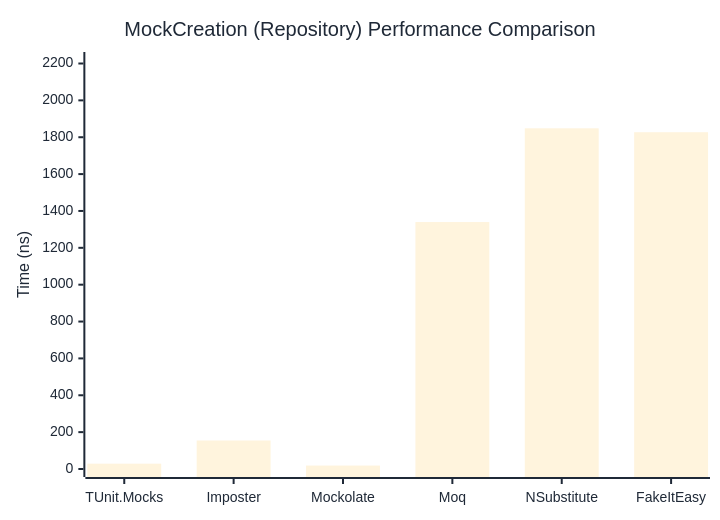
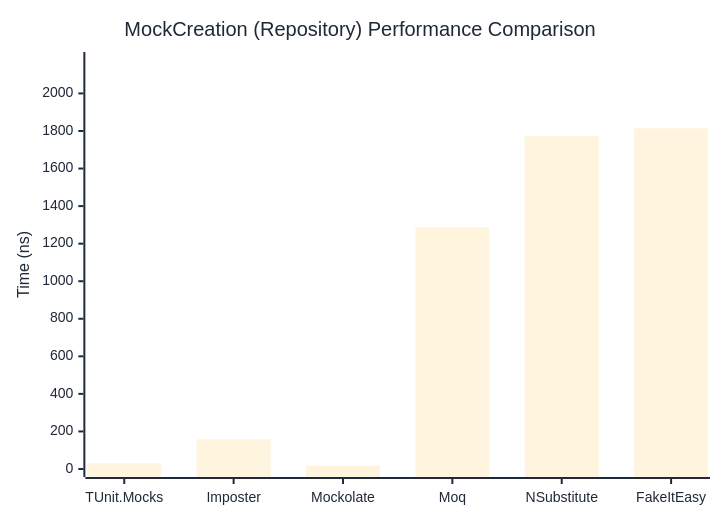
The second of 2 diagrams in docs/docs/benchmarks/mocks/MockCreation.md (thomhurst/TUnit), drawn with Mermaid before and after one commit. The commit also changed other lines of this file and 14 other files, not shown here.

````diff
--- a/docs/docs/benchmarks/mocks/MockCreation.md
+++ b/docs/docs/benchmarks/mocks/MockCreation.md
@@ -71,27 +71,27 @@
 ```mermaid
 %%{init: {
   'theme':'base',
   'themeVariables': {
     'primaryColor': '#2563eb',
     'primaryTextColor': '#1f2937',
     'primaryBorderColor': '#1e40af',
     'lineColor': '#6b7280',
     'secondaryColor': '#7c3aed',
     'tertiaryColor': '#dc2626',
     'background': '#ffffff',
     'pie1': '#2563eb',
     'pie2': '#7c3aed',
     'pie3': '#dc2626',
     'pie4': '#f59e0b',
     'pie5': '#10b981',
     'pie6': '#06b6d4',
     'pie7': '#ec4899',
     'pie8': '#6366f1'
   }
 }}%%
 xychart-beta
   title "MockCreation (Repository) Performance Comparison"
   x-axis ["TUnit.Mocks", "Imposter", "Mockolate", "Moq", "NSubstitute", "FakeItEasy"]
-  y-axis "Time (ns)" 0 --> 2219
-  bar [28.93, 154.65, 18.7, 1339.9, 1848.47, 1827.21]
+  y-axis "Time (ns)" 0 --> 2178
+  bar [29.95, 158.48, 17.91, 1287.34, 1772.55, 1814.17]
 ```
````
